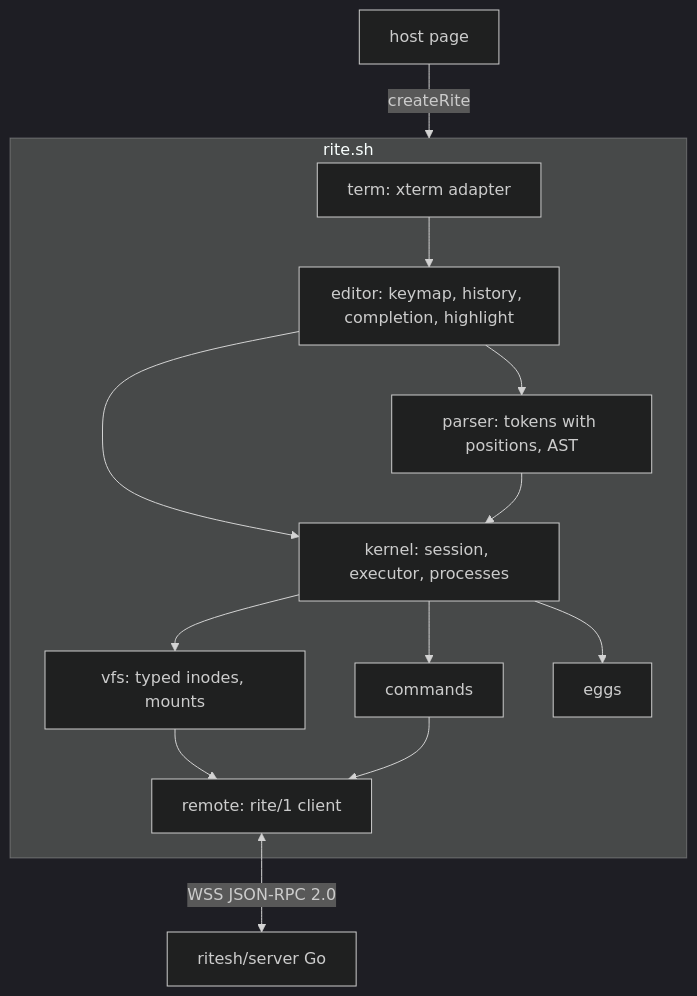
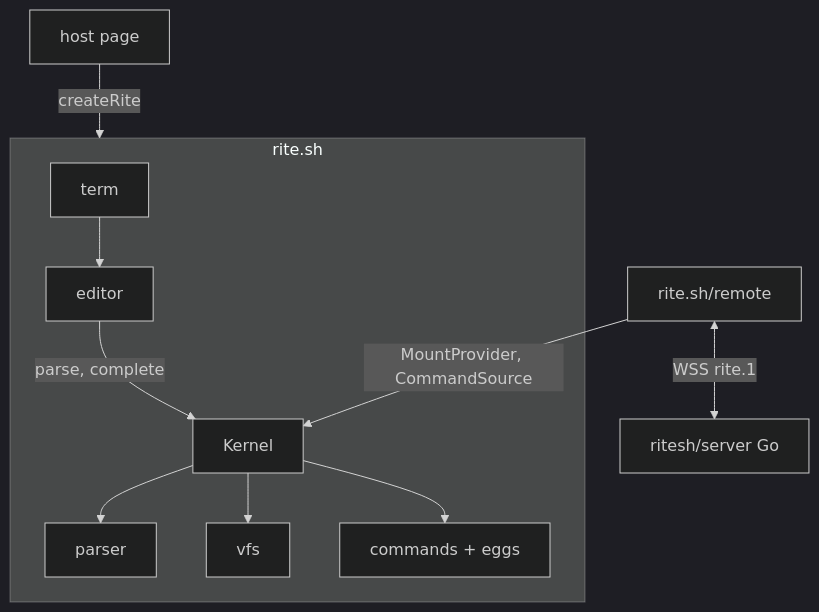
The diagram in docs/specs/2026-11-26-ritesh-design.md (jarrodb/ritesh), drawn with Mermaid (dark theme) before and after one commit. The commit also changed other lines of this file, not shown here.

Commit message:
docs: rite.sh design after Codex and Fable review, frozen contracts, language rules, rite.1 wire and security, bundled xterm

````diff
--- a/docs/specs/2026-11-26-ritesh-design.md
+++ b/docs/specs/2026-11-26-ritesh-design.md
@@ -19,16 +20,13 @@
 ```mermaid
 flowchart TB
-  Host[host page] -->|createRite| Rite
-  subgraph Rite[rite.sh]
-    Term[term: xterm adapter] --> Editor[editor: keymap, history, completion, highlight]
-    Editor --> Parser[parser: tokens with positions, AST]
-    Editor --> Kernel
-    Parser --> Kernel[kernel: session, executor, processes]
-    Kernel --> VFS[vfs: typed inodes, mounts]
-    Kernel --> Cmds[commands]
-    Kernel --> Eggs[eggs]
-    VFS --> Remote[remote: rite/1 client]
-    Cmds --> Remote
+  Host[host page] -->|createRite| Core
+  subgraph Core[rite.sh]
+    Term[term] --> Editor[editor]
+    Editor -->|parse, complete| Kernel
+    Kernel --> Parser[parser]
+    Kernel --> VFS[vfs]
+    Kernel --> Cmds[commands + eggs]
   end
-  Remote <-->|WSS JSON-RPC 2.0| Server[ritesh/server Go]
+  Remote[rite.sh/remote] -->|MountProvider, CommandSource| Kernel
+  Remote <-->|WSS rite.1| Server[ritesh/server Go]
 ```
````
